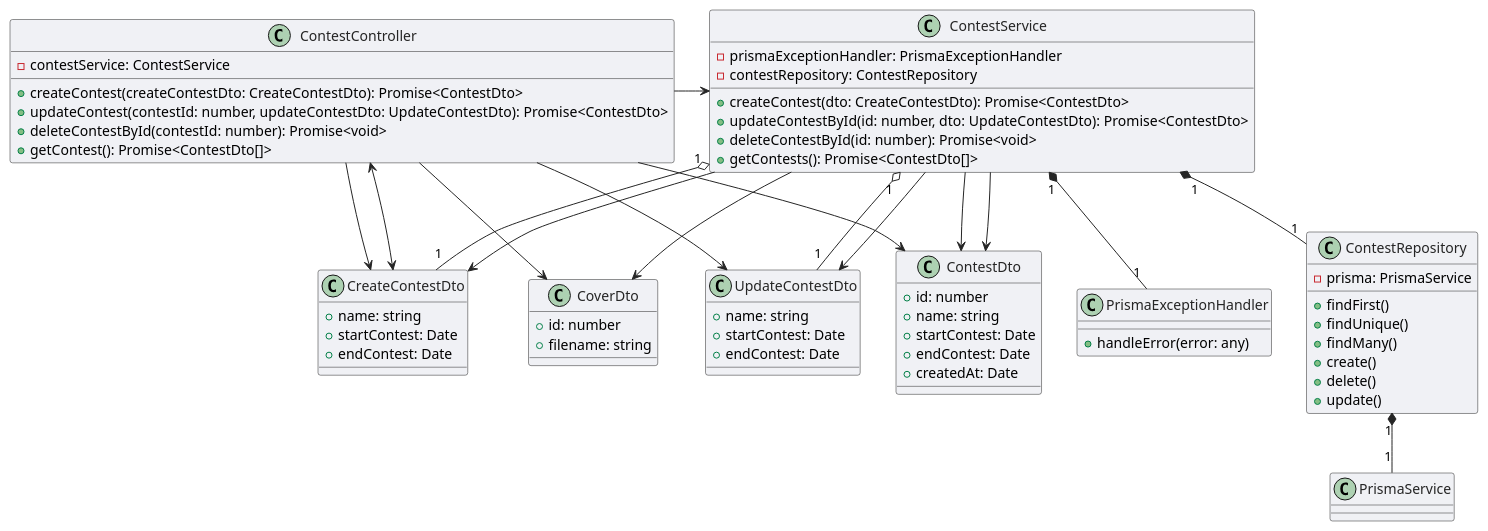
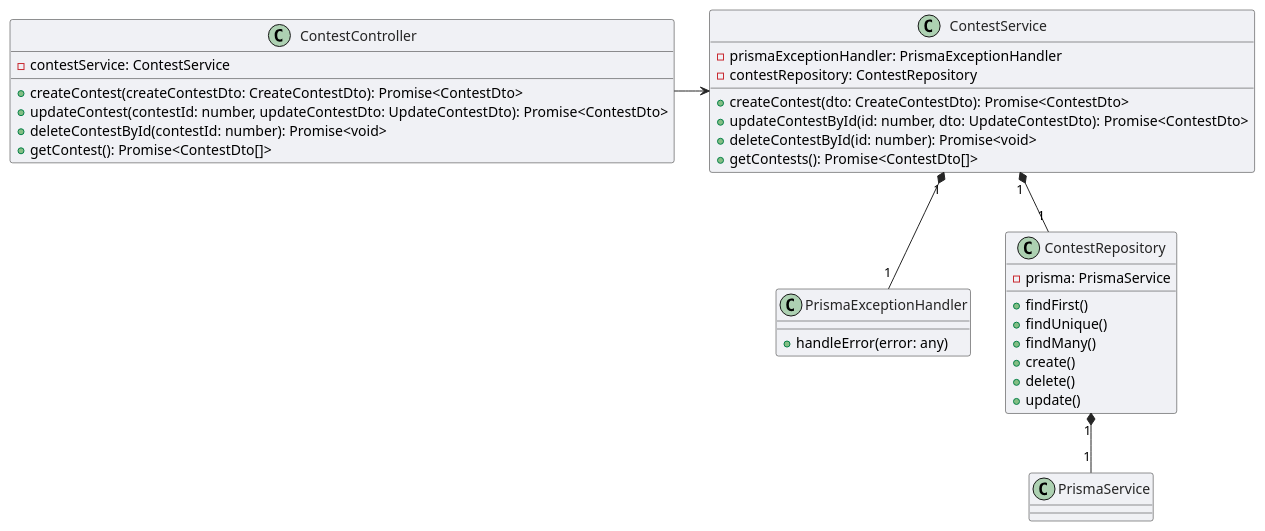
One commit to drDeepl/data-mining-lab-api-nest changed the diagram in docs/diagrams/wsd/contest.wsd. Above: the diagram before and after it, drawn with PlantUML. The commit also changed 14 other files, not shown here.

Commit message:
updated diagrams

```diff
--- a/docs/diagrams/wsd/contest.wsd
+++ b/docs/diagrams/wsd/contest.wsd
@@ -1,87 +1,51 @@
 @startuml contest_module
 
 skinparam ArrowColor #252525
 skinparam ClassBackgroundColor #F0F1F5
 skinparam ClassBorderColor #252525
 skinparam ClassFontColor #252525
 
-
-class CreateContestDto {
-  + name: string
-  + startContest: Date
-  + endContest: Date
-}
-class UpdateContestDto {
-  + name: string
-  + startContest: Date
-  + endContest: Date
-}
-
-class ContestDto {
-  + id: number
-  + name: string
-  + startContest: Date
-  + endContest: Date
-  + createdAt: Date
-}
-
-class CoverDto{
-    + id: number
-    + filename: string
-}
 
 
 class PrismaExceptionHandler {
   + handleError(error: any)
 }
 
 
 class ContestRepository {
   - prisma: PrismaService
   + findFirst()
   + findUnique()
   + findMany()
   + create()
   + delete()
   + update()
 }
 
 class ContestService {
   - prismaExceptionHandler: PrismaExceptionHandler
   - contestRepository: ContestRepository
   + createContest(dto: CreateContestDto): Promise<ContestDto>
   + updateContestById(id: number, dto: UpdateContestDto): Promise<ContestDto>
   + deleteContestById(id: number): Promise<void>
   + getContests(): Promise<ContestDto[]>
 }
 
 
 class ContestController {
   - contestService: ContestService
   + createContest(createContestDto: CreateContestDto): Promise<ContestDto>
   + updateContest(contestId: number, updateContestDto: UpdateContestDto): Promise<ContestDto>
   + deleteContestById(contestId: number): Promise<void>
   + getContest(): Promise<ContestDto[]>
 }
 
 
 ContestController -> ContestService
-ContestController --> CreateContestDto
-ContestController --> UpdateContestDto
-ContestController --> ContestDto
-ContestController --> CoverDto
-CreateContestDto <--> ContestController
 ContestService "1" *-- "1" ContestRepository
 ContestService "1" *-- "1" PrismaExceptionHandler
-ContestService "1" o-- "1" CreateContestDto
-ContestService "1" o-- "1" UpdateContestDto
-ContestService --> ContestDto
-ContestService --> CreateContestDto
-ContestService --> UpdateContestDto
-ContestService --> ContestDto
-ContestService --> CoverDto
 ContestRepository "1" *-- "1" PrismaService
 
 
 
 @enduml
```
